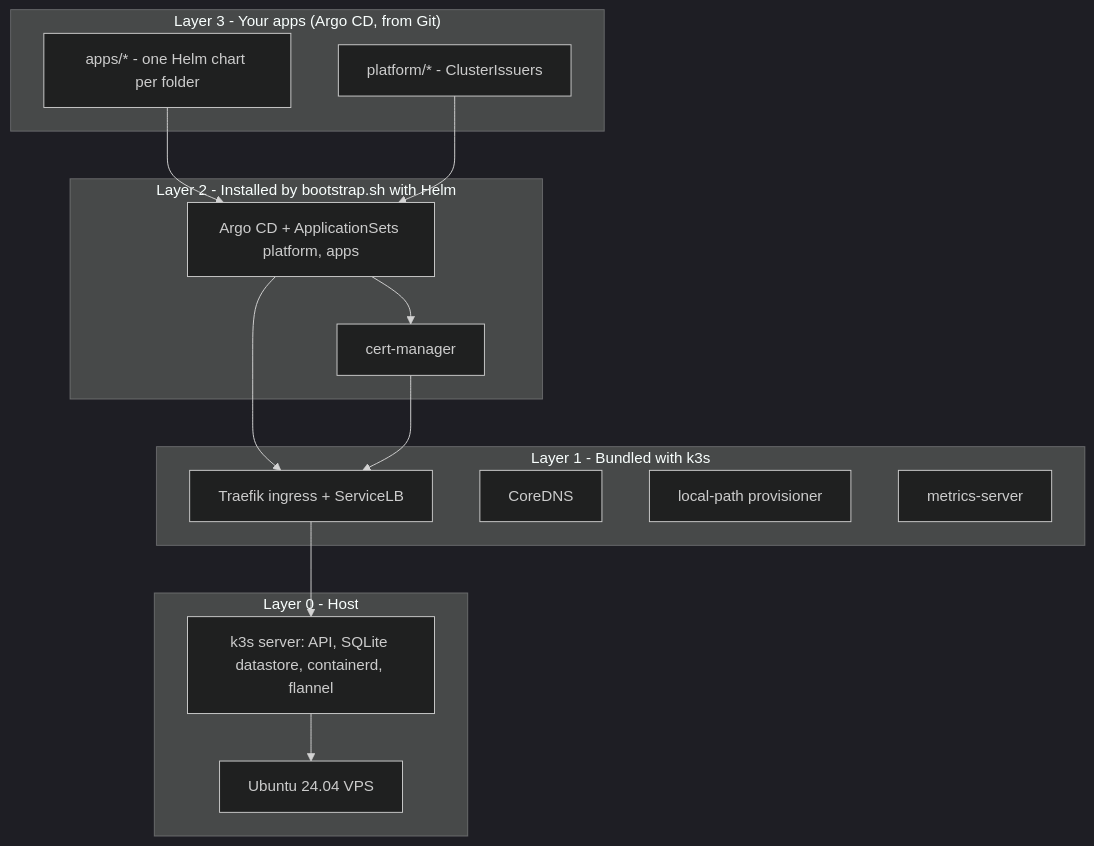
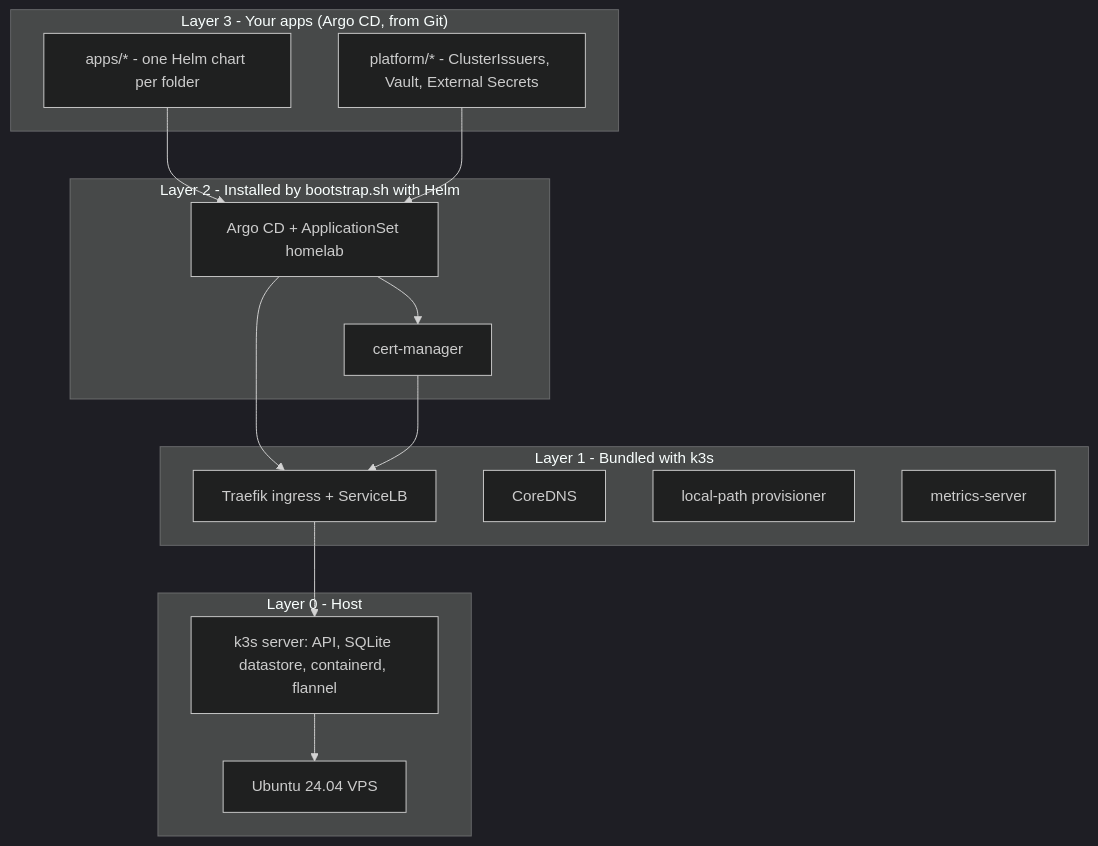
Before and after one commit to Elouel/homelab: the first of 2 diagrams in docs/architecture.md, drawn with Mermaid (dark theme). The commit also changed other lines of this file and 29 other files, not shown here.

First line of the commit message:
feat: integrate HashiCorp Vault and External Secrets for secret management

````diff
--- a/docs/architecture.md
+++ b/docs/architecture.md
@@ -8,28 +8,28 @@
 ```mermaid
 flowchart TB
   subgraph L3["Layer 3 - Your apps (Argo CD, from Git)"]
     APPS["apps/* - one Helm chart per folder"]
-    PLAT["platform/* - ClusterIssuers"]
+    PLAT["platform/* - ClusterIssuers, Vault, External Secrets"]
   end
   subgraph L2["Layer 2 - Installed by bootstrap.sh with Helm"]
     CM["cert-manager"]
-    ARGO["Argo CD + ApplicationSets platform, apps"]
+    ARGO["Argo CD + ApplicationSet homelab"]
   end
   subgraph L1["Layer 1 - Bundled with k3s"]
     TRAEFIK["Traefik ingress + ServiceLB"]
     DNS["CoreDNS"]
     LP["local-path provisioner"]
     MS["metrics-server"]
   end
   subgraph L0["Layer 0 - Host"]
     K3S["k3s server: API, SQLite datastore, containerd, flannel"]
     OS["Ubuntu 24.04 VPS"]
   end
   APPS --> ARGO
   PLAT --> ARGO
   ARGO --> CM
   ARGO --> TRAEFIK
   CM --> TRAEFIK
   TRAEFIK --> K3S
   K3S --> OS
 ```
````
